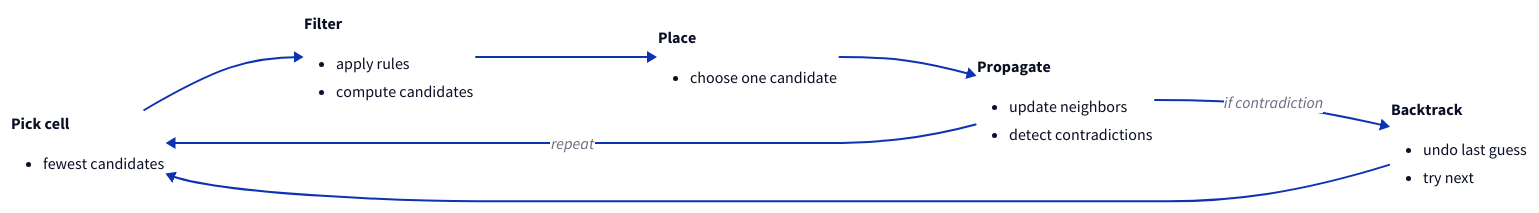
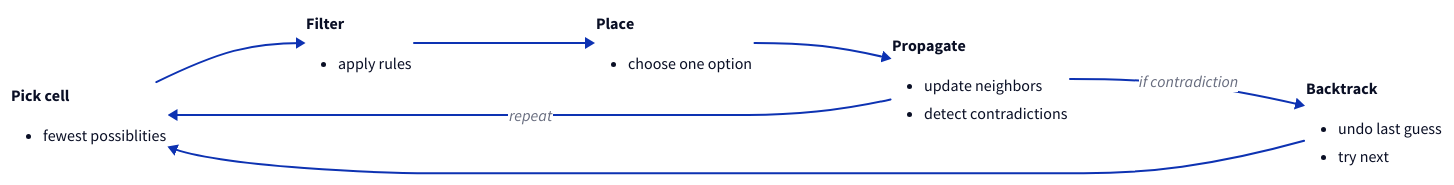
The diagram in _posts/2025-09-30-bevy-rust-game-development-chapter-2.markdown (jamesfebin/AIBodh-Website), drawn with D2 before and after one commit. The commit also changed other lines of this file and 1 other file, not shown here.

````diff
--- a/_posts/2025-09-30-bevy-rust-game-development-chapter-2.markdown
+++ b/_posts/2025-09-30-bevy-rust-game-development-chapter-2.markdown
@@ -212,46 +212,45 @@
 ```d2
 direction: right
 
 Pick: {
   label: |md
     **Pick cell**
-    - fewest candidates
+    - fewest possiblities
   |
 }
 
 Filter: {
   label: |md
     **Filter**
     - apply rules
-    - compute candidates
   |
 }
 
 Place: {
   label: |md
     **Place**
-    - choose one candidate
+    - choose one option
   |
 }
 
 Propagate: {
   label: |md
     **Propagate**
     - update neighbors
     - detect contradictions
   |
 }
 
 Backtrack: {
   label: |md
     **Backtrack**
     - undo last guess
     - try next
   |
 }
 
 Pick -> Filter -> Place -> Propagate
 Propagate -> Pick: repeat
 Propagate -> Backtrack: if contradiction
 Backtrack -> Pick
 ```
````
